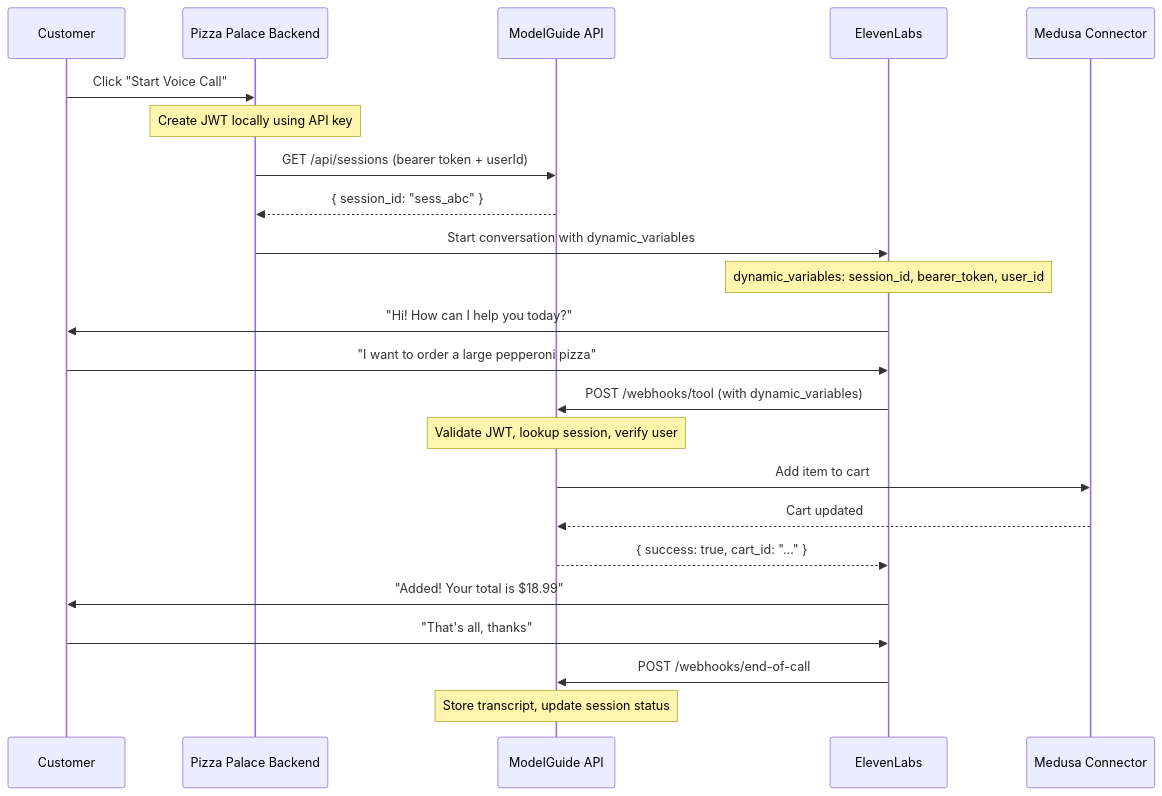
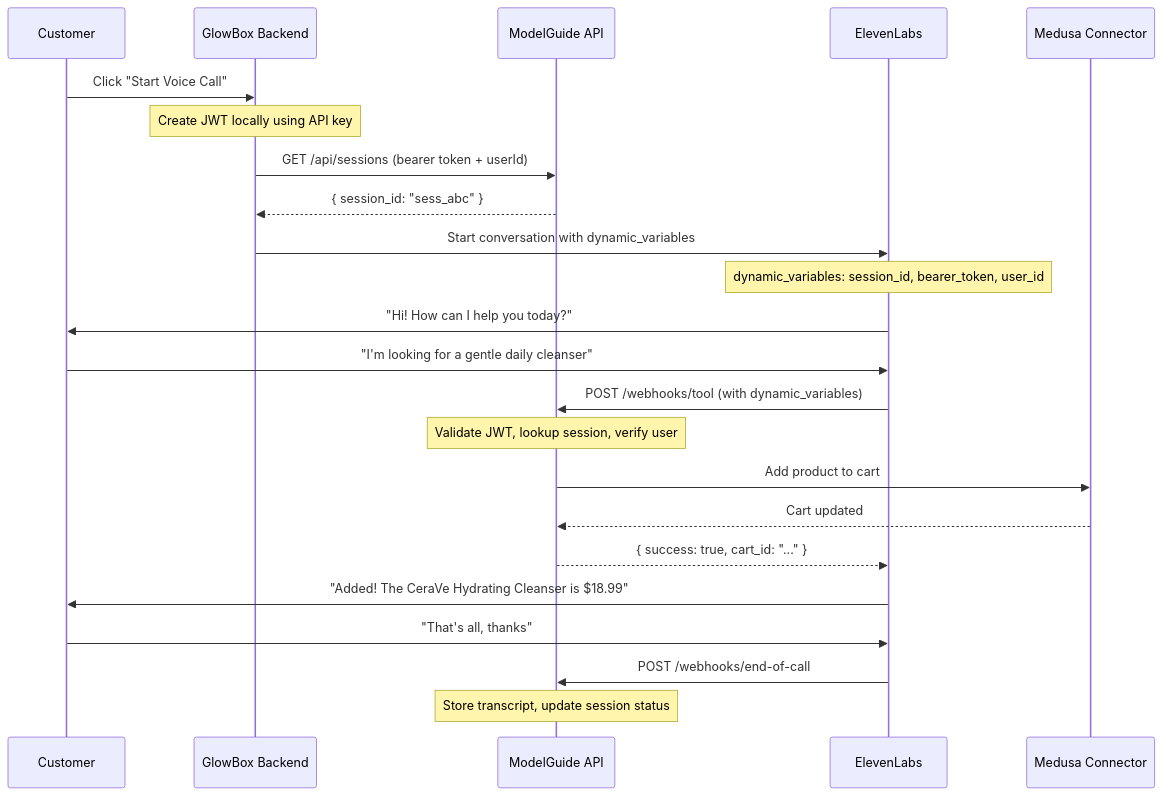
Before and after one commit to modelguide/modelguide: the diagram in examples/docs/elevenlabs_agent_integration.md, drawn with Mermaid. The commit also changed other lines of this file and 14 other files, not shown here.

First line of the commit message:
fix: replace Pizza Palace placeholders with GlowBox Beauty

````diff
--- a/examples/docs/elevenlabs_agent_integration.md
+++ b/examples/docs/elevenlabs_agent_integration.md
@@ -30,26 +30,26 @@
 ```mermaid
 sequenceDiagram
     participant Customer
-    participant PizzaPalaceBackend as Pizza Palace Backend
+    participant GlowBoxBackend as GlowBox Backend
     participant ModelGuide as ModelGuide API
     participant ElevenLabs
     participant Medusa as Medusa Connector
 
-    Customer->>PizzaPalaceBackend: Click "Start Voice Call"
-    Note over PizzaPalaceBackend: Create JWT locally using API key
-    PizzaPalaceBackend->>ModelGuide: GET /api/sessions (bearer token + userId)
-    ModelGuide-->>PizzaPalaceBackend: { session_id: "sess_abc" }
-    PizzaPalaceBackend->>ElevenLabs: Start conversation with dynamic_variables
+    Customer->>GlowBoxBackend: Click "Start Voice Call"
+    Note over GlowBoxBackend: Create JWT locally using API key
+    GlowBoxBackend->>ModelGuide: GET /api/sessions (bearer token + userId)
+    ModelGuide-->>GlowBoxBackend: { session_id: "sess_abc" }
+    GlowBoxBackend->>ElevenLabs: Start conversation with dynamic_variables
     Note over ElevenLabs: dynamic_variables: session_id, bearer_token, user_id
     ElevenLabs->>Customer: "Hi! How can I help you today?"
-    Customer->>ElevenLabs: "I want to order a large pepperoni pizza"
+    Customer->>ElevenLabs: "I'm looking for a gentle daily cleanser"
     ElevenLabs->>ModelGuide: POST /webhooks/tool (with dynamic_variables)
     Note over ModelGuide: Validate JWT, lookup session, verify user
-    ModelGuide->>Medusa: Add item to cart
+    ModelGuide->>Medusa: Add product to cart
     Medusa-->>ModelGuide: Cart updated
     ModelGuide-->>ElevenLabs: { success: true, cart_id: "..." }
-    ElevenLabs->>Customer: "Added! Your total is $18.99"
+    ElevenLabs->>Customer: "Added! The CeraVe Hydrating Cleanser is $18.99"
     Customer->>ElevenLabs: "That's all, thanks"
     ElevenLabs->>ModelGuide: POST /webhooks/end-of-call
     Note over ModelGuide: Store transcript, update session status
 ```
````
